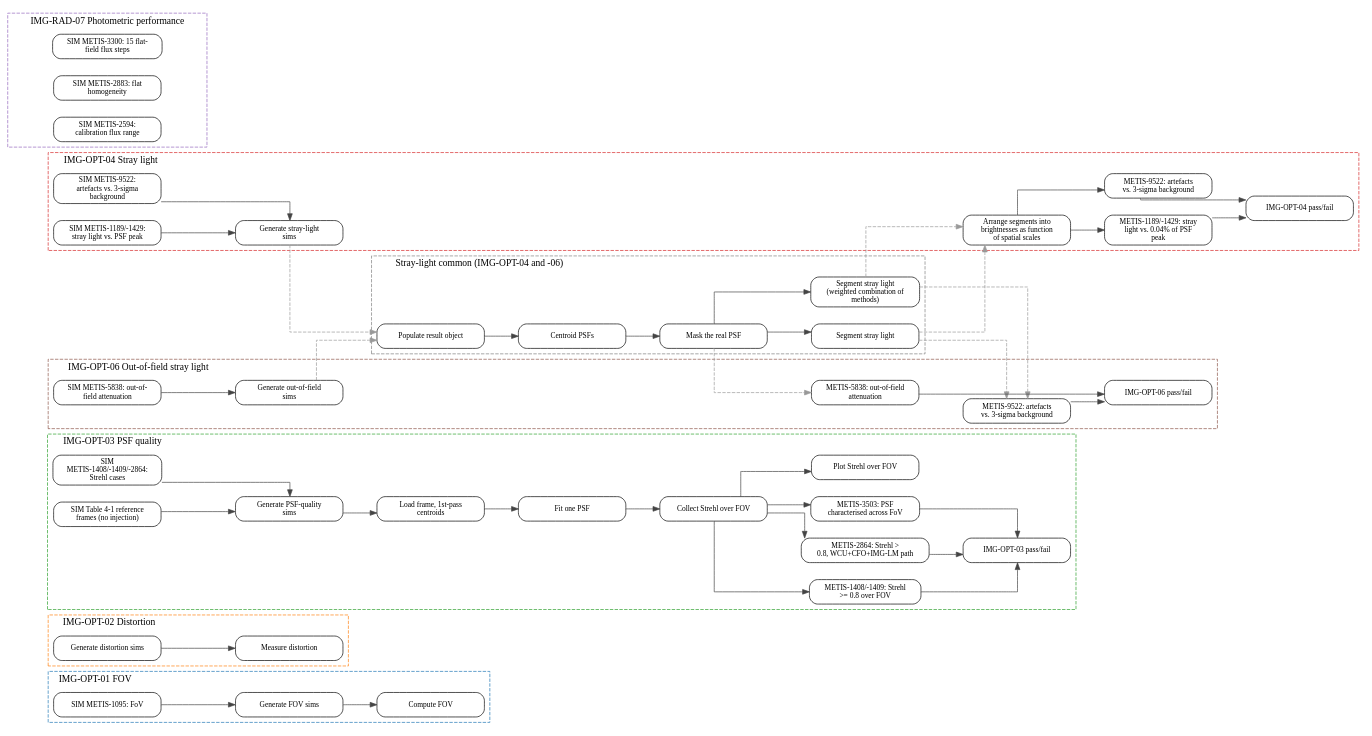
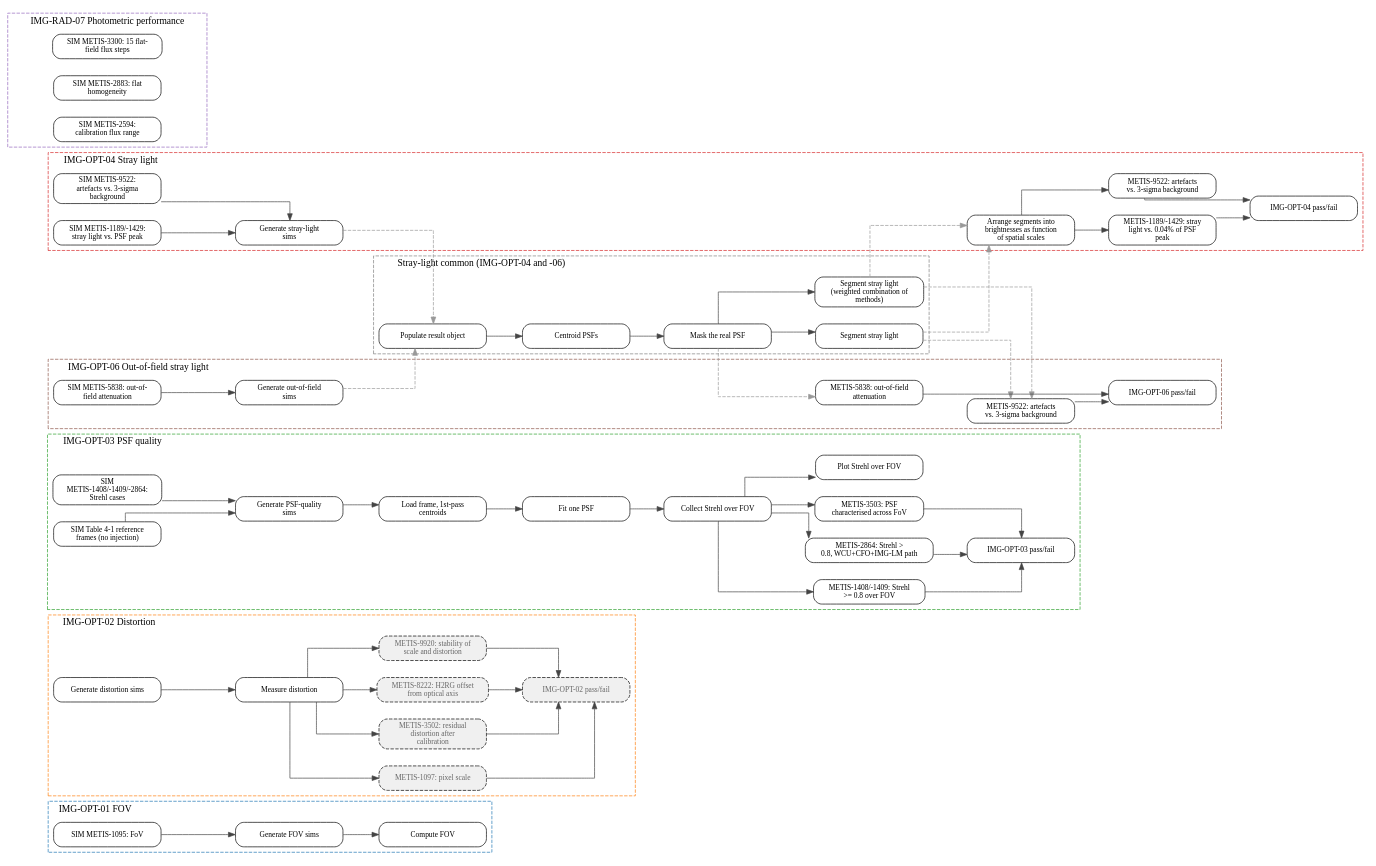
Before and after one commit to mwanakijiji/metis_work: the diagram in docs/uml/pipeline_flow.dot, drawn with Graphviz. The commit also changed 7 other files, not shown here.

```diff
--- a/docs/uml/pipeline_flow.dot
+++ b/docs/uml/pipeline_flow.dot
@@ -24,6 +24,11 @@
     color="#ff7f0e";
     generate_distortion_sim;
     image_distortion;
+    metis_1097_pixel_scale;
+    metis_3502_residual_distortion;
+    metis_8222_detector_offset;
+    metis_9920_scale_stability;
+    img_02_test_outcome;
   }
 
   subgraph cluster_img_opt_03_psf_quality {
@@ -116,6 +121,11 @@
   img_03_test_outcome [label="IMG-OPT-03 pass/fail"];
   fov_calc [label="Compute FOV"];
   image_distortion [label="Measure distortion"];
+  metis_1097_pixel_scale [label="METIS-1097: pixel scale", style="rounded,dashed,filled", fillcolor="#f0f0f0", fontcolor="#666666"];
+  metis_3502_residual_distortion [label="METIS-3502: residual\ndistortion after\ncalibration", style="rounded,dashed,filled", fillcolor="#f0f0f0", fontcolor="#666666"];
+  metis_8222_detector_offset [label="METIS-8222: H2RG offset\nfrom optical axis", style="rounded,dashed,filled", fillcolor="#f0f0f0", fontcolor="#666666"];
+  metis_9920_scale_stability [label="METIS-9920: stability of\nscale and distortion", style="rounded,dashed,filled", fillcolor="#f0f0f0", fontcolor="#666666"];
+  img_02_test_outcome [label="IMG-OPT-02 pass/fail", style="rounded,dashed,filled", fillcolor="#f0f0f0", fontcolor="#666666"];
   stray_light_brightness_spectrum [label="Arrange segments into\nbrightnesses as function\nof spatial scales"];
   img_04_metis_1189_1429_check [label="METIS-1189/-1429: stray\nlight vs. 0.04% of PSF\npeak"];
   img_04_metis_9522_check [label="METIS-9522: artefacts\nvs. 3-sigma background"];
@@ -144,10 +154,15 @@
   image_distortion -> generate_psf_quality_sim [style=invis];
   generate_psf_quality_sim -> generate_stray_light_sim [style=invis];
   generate_stray_light_sim -> generate_out_of_field_sim [style=invis];
-  { rank=same; fov_calc; prepare_psf_grid; populate_result_obj_info; }
-  fov_calc -> prepare_psf_grid [style=invis];
+  { rank=same; fov_calc; metis_1097_pixel_scale; metis_3502_residual_distortion; metis_8222_detector_offset; metis_9920_scale_stability; prepare_psf_grid; populate_result_obj_info; }
+  fov_calc -> metis_1097_pixel_scale [style=invis];
+  metis_1097_pixel_scale -> metis_3502_residual_distortion [style=invis];
+  metis_3502_residual_distortion -> metis_8222_detector_offset [style=invis];
+  metis_8222_detector_offset -> metis_9920_scale_stability [style=invis];
+  metis_9920_scale_stability -> prepare_psf_grid [style=invis];
   prepare_psf_grid -> populate_result_obj_info [style=invis];
-  { rank=same; process_one_psf; centroid_2passes_oversample; }
+  { rank=same; img_02_test_outcome; process_one_psf; centroid_2passes_oversample; }
+  img_02_test_outcome -> process_one_psf [style=invis];
   process_one_psf -> centroid_2passes_oversample [style=invis];
   { rank=same; collect_strehls; stray_light_mask_real; }
   collect_strehls -> stray_light_mask_real [style=invis];
@@ -184,6 +199,14 @@
   img_03_metis_3503_check -> img_03_test_outcome [weight=10];
   generate_fov_sim -> fov_calc [weight=10];
   generate_distortion_sim -> image_distortion [weight=10];
+  image_distortion -> metis_1097_pixel_scale [weight=10];
+  image_distortion -> metis_3502_residual_distortion [weight=10];
+  image_distortion -> metis_8222_detector_offset [weight=10];
+  image_distortion -> metis_9920_scale_stability [weight=10];
+  metis_1097_pixel_scale -> img_02_test_outcome [weight=10];
+  metis_3502_residual_distortion -> img_02_test_outcome [weight=10];
+  metis_8222_detector_offset -> img_02_test_outcome [weight=10];
+  metis_9920_scale_stability -> img_02_test_outcome [weight=10];
   stray_light_segmentation -> stray_light_brightness_spectrum [style=dashed, color="#999999", constraint=false];
   stray_light_segmentation_combined -> stray_light_brightness_spectrum [style=dashed, color="#999999", constraint=false];
   stray_light_brightness_spectrum -> img_04_metis_1189_1429_check [weight=10];
```
